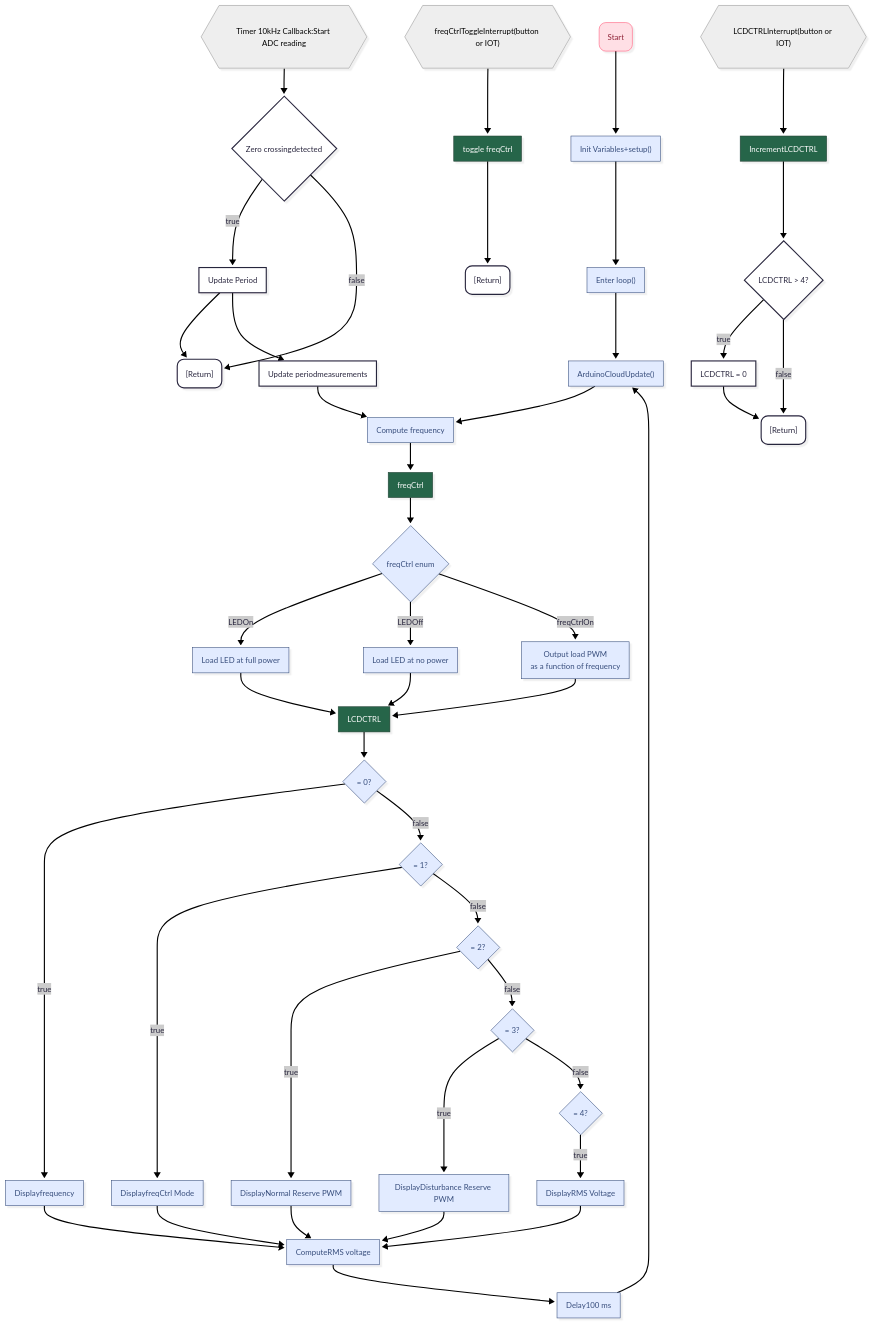
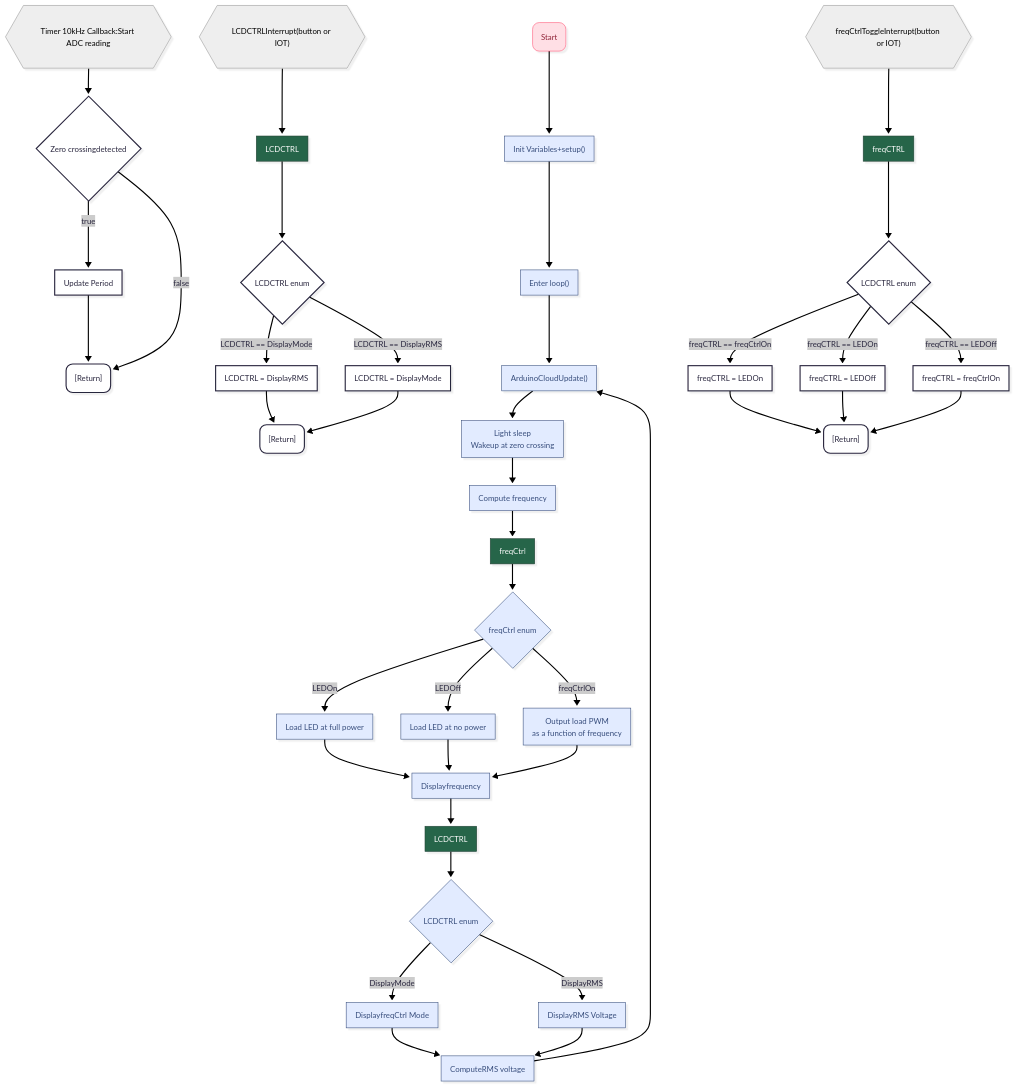
The diagram in Appendix/FlowchartDFCR.mmd (Vymarus/46760-final-project), drawn with Mermaid before and after one commit.

Commit message:
Updated flowchart

```diff
--- a/Appendix/FlowchartDFCR.mmd
+++ b/Appendix/FlowchartDFCR.mmd
@@ -1,83 +1,79 @@
 ---
 config:
   theme: redux
+  layout: dagre
   look: neo
 ---
 flowchart TD
     Start("Start") --> Init["Init Variables+setup()"]
     Init --> Loop["Enter loop()"]
     Loop --> Cloud["ArduinoCloudUpdate()"]
-    Cloud --> ComputeFreq["Compute frequency"]
+    Cloud --> Delay["Light sleep<br>Wakeup at zero crossing"]
     Timer["Timer 10kHz Callback:Start ADC reading"] --> ZeroDetect{"Zero crossingdetected"}
     ZeroDetect -- true --> UpdatePeriod["Update Period"]
-    UpdatePeriod --> Return1("[Return]") & UpdatePath["Update periodmeasurements"]
-    UpdatePath --> ComputeFreq
-    ComputeFreq --> FreqCtrl["freqCtrl"]
+    UpdatePeriod --> Return1("[Return]")
+    ComputeFreq["Compute frequency"] --> FreqCtrl["freqCtrl"]
     FreqCtrl --> IsFreqCtrlOn{"freqCtrl enum"}
     IsFreqCtrlOn -- LEDOn --> RunLEDs["Load LED at full power"]
     IsFreqCtrlOn -- LEDOff --> PWMOutput["Load LED at no power"]
-    LCDCtrl["LCDCTRL"] --> LCD0{"= 0?"}
-    LCD0 -- true --> DispFreq["Displayfrequency"]
-    DispFreq --> ComputeRMS["ComputeRMS voltage"]
-    LCD0 -- false --> LCD1{"= 1?"}
-    LCD1 -- true --> DispMode["DisplayfreqCtrl Mode"]
-    DispMode --> ComputeRMS
-    LCD1 -- false --> LCD2{"= 2?"}
-    LCD2 -- true --> DispPWM1["DisplayNormal Reserve PWM"]
-    DispPWM1 --> ComputeRMS
-    LCD2 -- false --> LCD3{"= 3?"}
-    LCD3 -- true --> DispPWM2["DisplayDisturbance Reserve PWM"]
-    DispPWM2 --> ComputeRMS
-    LCD3 -- false --> LCD4{"= 4?"}
-    LCD4 -- true --> DispRMS["DisplayRMS Voltage"]
-    DispRMS --> ComputeRMS
-    FreqCtrlToggleInterrupt["freqCtrlToggleInterrupt(button or IOT)"] --> FreqCtrlToggle["toggle freqCtrl"]
-    FreqCtrlToggle --> FreqCtrlReturn("[Return]")
-    LCDCtrlInterrupt["LCDCTRLInterrupt(button or IOT)"] --> LCDCtrlInc["IncrementLCDCTRL"]
-    LCDCtrlInc --> LCDCtrlCheck{"LCDCTRL > 4?"}
-    LCDCtrlCheck -- true --> LCDCtrlReset["LCDCTRL = 0"]
+    LCDCtrl["LCDCTRL"] --> LCD0{"LCDCTRL enum"}
+    DispMode["DisplayfreqCtrl Mode"] --> ComputeRMS["ComputeRMS voltage"]
+    DispRMS["DisplayRMS Voltage"] --> ComputeRMS
+    FreqCtrlToggleInterrupt["freqCtrlToggleInterrupt(button or IOT)"] --> FreqCtrlToggle["freqCTRL"]
+    LCDCtrlInterrupt["LCDCTRLInterrupt(button or IOT)"] --> LCDCtrlInc["LCDCTRL"]
+    LCDCtrlInc --> LCDCtrlCheck{"LCDCTRL enum"}
+    LCDCtrlCheck -- "LCDCTRL == DisplayMode" --> LCDCtrlReset["LCDCTRL = DisplayRMS"]
     LCDCtrlReset --> LCDCtrlReturn("[Return]")
-    LCDCtrlCheck -- false --> LCDCtrlReturn
-    Delay["Delay100 ms"] --> Cloud
-    ComputeRMS --> Delay
-    PWMOutput --> LCDCtrl
-    RunLEDs --> LCDCtrl
-    n1@{ label: "<span style=\"padding-left:\">Output load PWM<br>as a function of frequency</span>" } --> LCDCtrl
-    IsFreqCtrlOn -- freqCtrlOn --> n1
+    ComputeRMS --> Cloud
+    IsFreqCtrlOn -- freqCtrlOn --> n1@{ label: "<span style=\"padding-left:\">Output load PWM<br>as a function of frequency</span>" }
     ZeroDetect -- false --> Return1
+    LCD0 -- DisplayMode --> DispMode
+    Delay --> ComputeFreq
+    RunLEDs --> DispFreq["Displayfrequency"]
+    PWMOutput --> DispFreq
+    n1 --> DispFreq
+    DispFreq --> LCDCtrl
+    LCD0 -- DisplayRMS --> DispRMS
+    LCDCtrlCheck -- "LCDCTRL == DisplayRMS" --> n2["LCDCTRL = DisplayMode"]
+    n2 --> LCDCtrlReturn
+    n3["LCDCTRL enum"] -- "freqCTRL == freqCtrlOn" --> n4@{ label: "<span style=\"padding-left:\">freqCTRL = LEDOn</span>" }
+    n4 --> n5["[Return]"]
+    n3 -- "freqCTRL == LEDOn" --> n6@{ label: "<span style=\"padding-left:\">freqCTRL = LEDOff</span>" }
+    n6 --> n5
+    FreqCtrlToggle --> n3
+    n3 -- "freqCTRL == LEDOff" --> n7["freqCTRL = freqCtrlOn"]
+    n7 --> n5
     Timer@{ shape: hex}
     FreqCtrlToggleInterrupt@{ shape: hex}
     LCDCtrlInterrupt@{ shape: hex}
     n1@{ shape: rect}
+    n3@{ shape: diam}
+    n4@{ shape: rect}
+    n5@{ shape: rounded}
+    n6@{ shape: rect}
      Start:::Rose
      Init:::Sky
      Loop:::Sky
      Cloud:::Sky
+     Delay:::Sky
+     Timer:::Ash
      ComputeFreq:::Sky
-     Timer:::Ash
      FreqCtrl:::Pine
      IsFreqCtrlOn:::Sky
      RunLEDs:::Sky
      PWMOutput:::Sky
      LCDCtrl:::Pine
      LCD0:::Sky
-     DispFreq:::Sky
+     DispMode:::Sky
      ComputeRMS:::Sky
-     LCD1:::Sky
-     DispMode:::Sky
-     LCD2:::Sky
-     DispPWM1:::Sky
-     LCD3:::Sky
-     DispPWM2:::Sky
-     LCD4:::Sky
      DispRMS:::Sky
      FreqCtrlToggleInterrupt:::Ash
      FreqCtrlToggle:::Pine
      LCDCtrlInterrupt:::Ash
      LCDCtrlInc:::Pine
-     Delay:::Sky
      n1:::Sky
+     DispFreq:::Sky
     classDef Ash stroke-width:1px, stroke-dasharray:none, stroke:#999999, fill:#EEEEEE, color:#000000
     classDef Pine stroke-width:1px, stroke-dasharray:none, stroke:#254336, fill:#27654A, color:#FFFFFF
     classDef Rose stroke-width:1px, stroke-dasharray:none, stroke:#FF5978, fill:#FFDFE5, color:#8E2236
     classDef Sky stroke-width:1px, stroke-dasharray:none, stroke:#374D7C, fill:#E2EBFF, color:#374D7C
```
